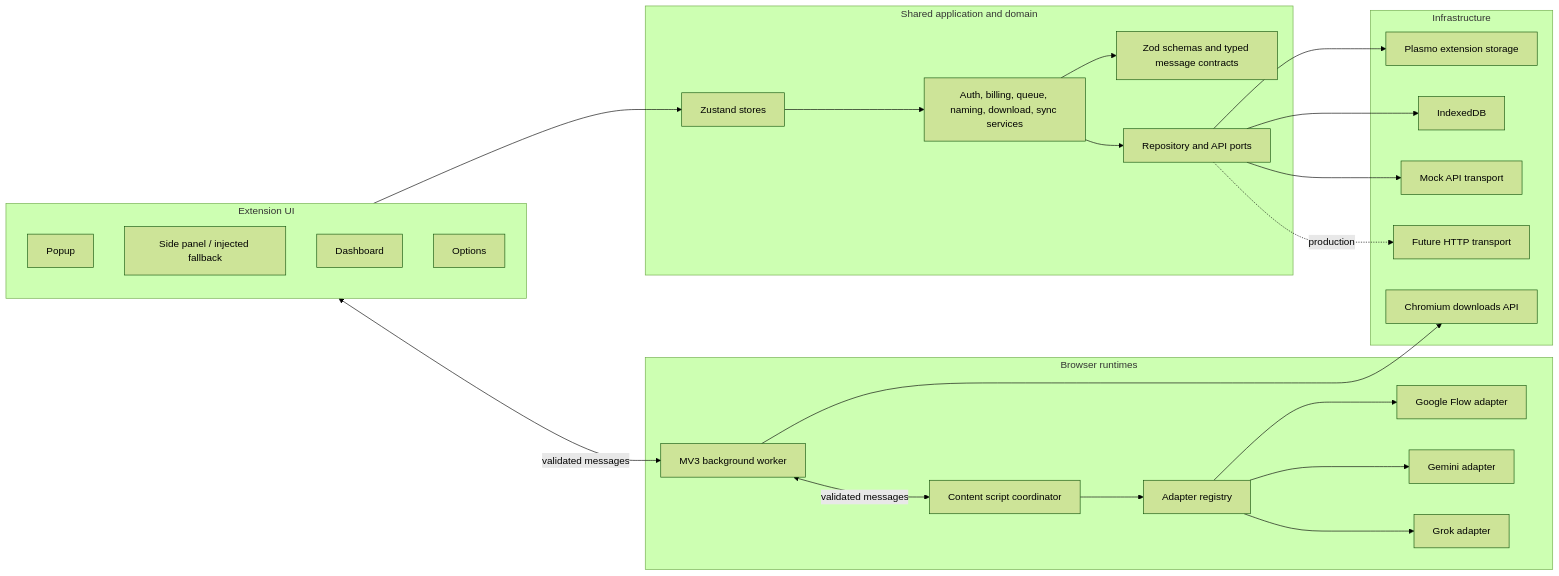
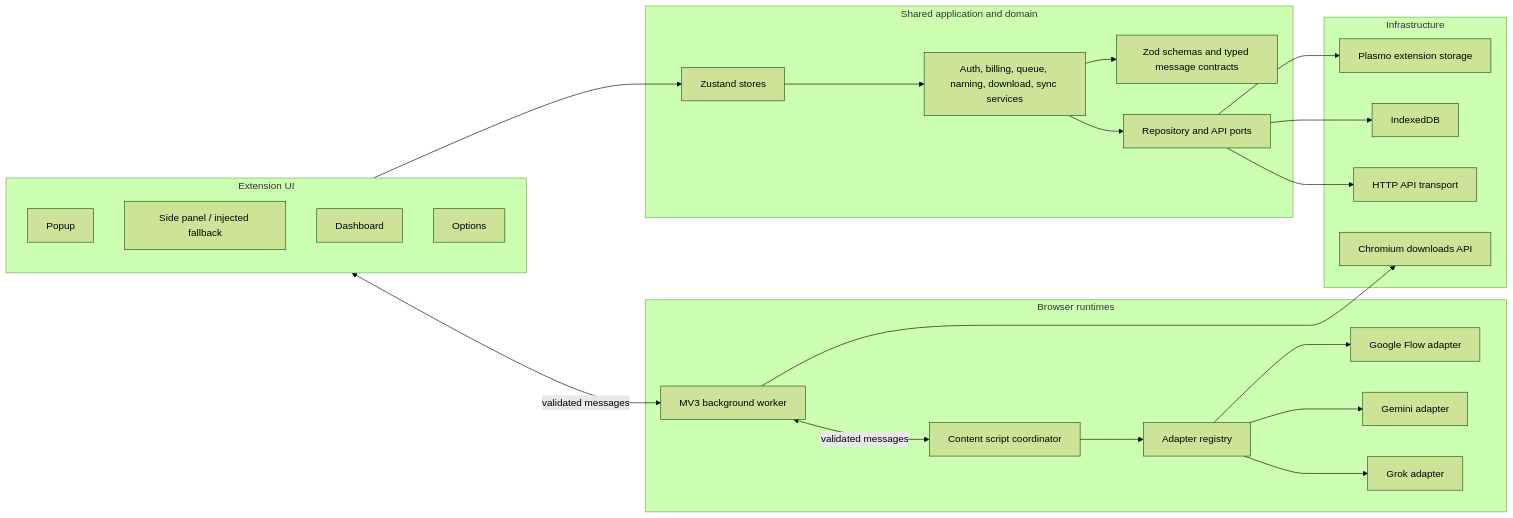
Before and after one commit to Damoblinkz2/luffy-flow: the first of 3 diagrams in docs/architecture.md, drawn with Mermaid (forest theme). The commit also changed other lines of this file and 89 other files, not shown here.

````diff
--- a/docs/architecture.md
+++ b/docs/architecture.md
@@ -150,49 +152,47 @@
 ```mermaid
 flowchart LR
   subgraph UI["Extension UI"]
     Popup
     SidePanel["Side panel / injected fallback"]
     Dashboard
     Options
   end
 
   subgraph Core["Shared application and domain"]
     Stores["Zustand stores"]
     Services["Auth, billing, queue, naming, download, sync services"]
     Schemas["Zod schemas and typed message contracts"]
     Ports["Repository and API ports"]
   end
 
   subgraph Browser["Browser runtimes"]
     Worker["MV3 background worker"]
     Content["Content script coordinator"]
     Registry["Adapter registry"]
     Flow["Google Flow adapter"]
     Gemini["Gemini adapter"]
     Grok["Grok adapter"]
   end
 
   subgraph Infra["Infrastructure"]
     Local["Plasmo extension storage"]
     IDB["IndexedDB"]
-    Mock["Mock API transport"]
-    HTTP["Future HTTP transport"]
+    HTTP["HTTP API transport"]
     Downloads["Chromium downloads API"]
   end
 
   UI --> Stores
   Stores --> Services
   Services --> Ports
   Services --> Schemas
   UI <-->|validated messages| Worker
   Worker <-->|validated messages| Content
   Content --> Registry
   Registry --> Flow
   Registry --> Gemini
   Registry --> Grok
   Ports --> Local
   Ports --> IDB
-  Ports --> Mock
-  Ports -. production .-> HTTP
+  Ports --> HTTP
   Worker --> Downloads
 ```
````
